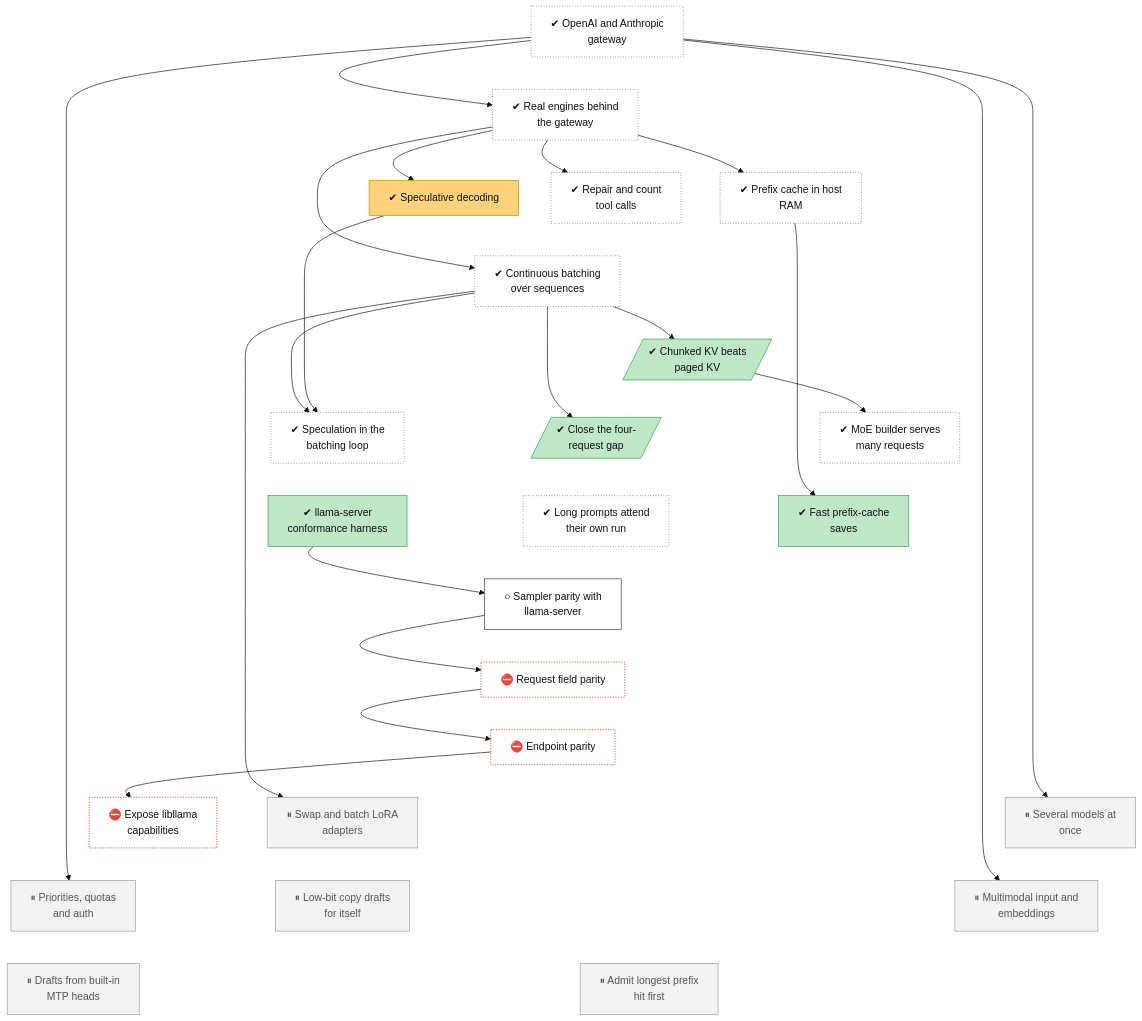
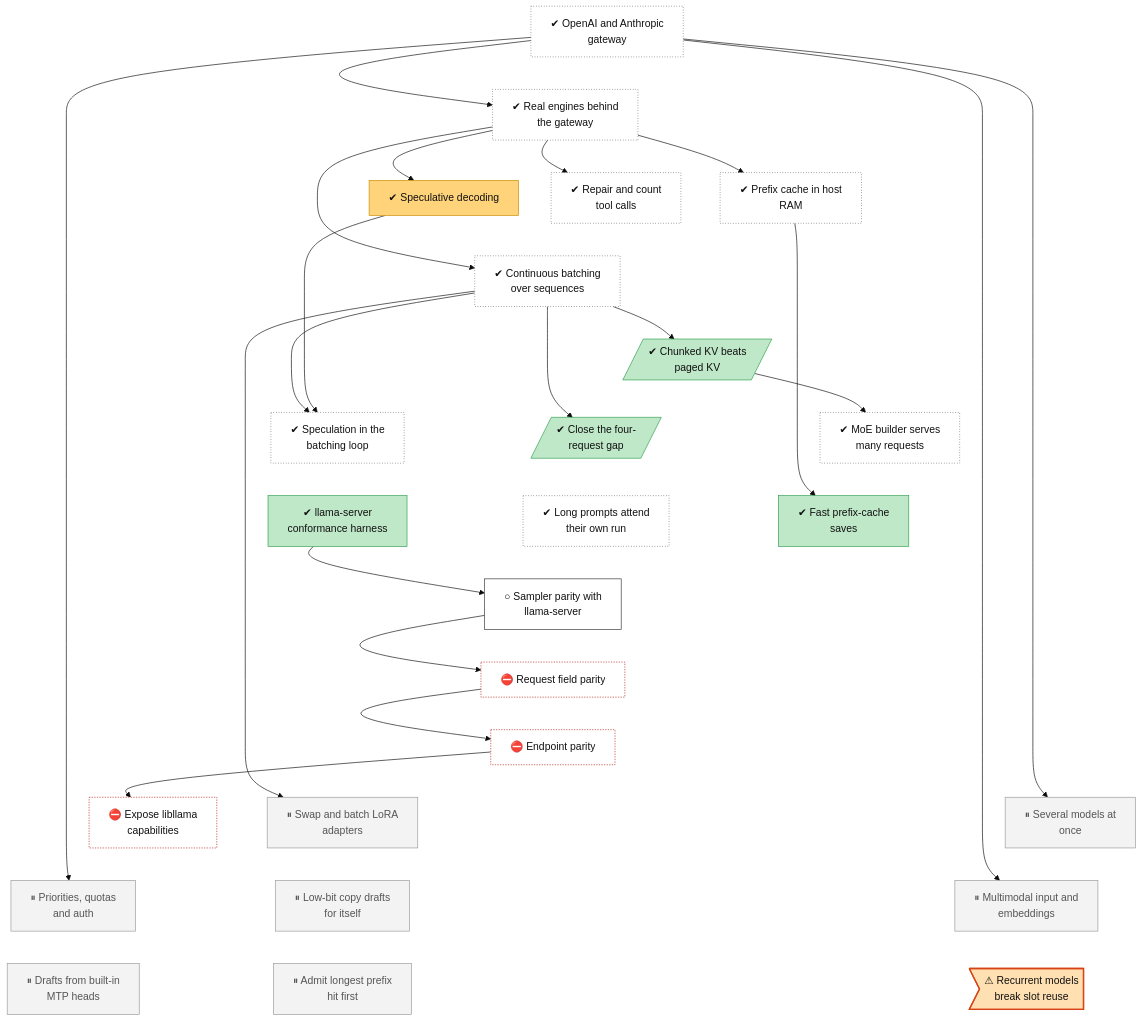
The diagram in docs/roadmap/tracks/serving.md (lhns/tetraeder), drawn with Mermaid (base theme) before and after one commit. The commit also changed other lines of this file and 3 other files, not shown here.

Commit message:
Tree: defect serving-recurrent-reuse (slot reuse fails on recurrent models via libllama; engine errors stream as empty 200) from bench-strata-q36 (not measured)

````diff
--- a/docs/roadmap/tracks/serving.md
+++ b/docs/roadmap/tracks/serving.md
@@ -32,6 +32,7 @@
     serving_multimodal["⏸ Multimodal input and<br/>embeddings"]
     serving_self_spec["⏸ Low-bit copy drafts<br/>for itself"]
     serving_mtp_drafts["⏸ Drafts from built-in<br/>MTP heads"]
+    serving_recurrent_reuse>"⚠ Recurrent models<br/>break slot reuse"]
     serving_prefix_first["⏸ Admit longest prefix<br/>hit first"]
     serving_gateway ~~~ serving_real_engines
     serving_real_engines ~~~ serving_prefix_cache
@@ -59,7 +60,7 @@
     serving_multi_model ~~~ serving_multimodal
     serving_multi_lora ~~~ serving_self_spec
     serving_auth_quotas ~~~ serving_mtp_drafts
-    serving_multimodal ~~~ serving_prefix_first
+    serving_multimodal ~~~ serving_recurrent_reuse
     serving_self_spec ~~~ serving_prefix_first
     serving_gateway --> serving_real_engines
     serving_real_engines --> serving_prefix_cache
@@ -100,4 +101,5 @@
     class serving_parity_sampling next
     class serving_parity_fields,serving_parity_endpoints,serving_parity_libllama blocked
     class serving_multi_model,serving_multi_lora,serving_auth_quotas,serving_multimodal,serving_self_spec,serving_mtp_drafts,serving_prefix_first parked
+    class serving_recurrent_reuse finding
 ```
````
